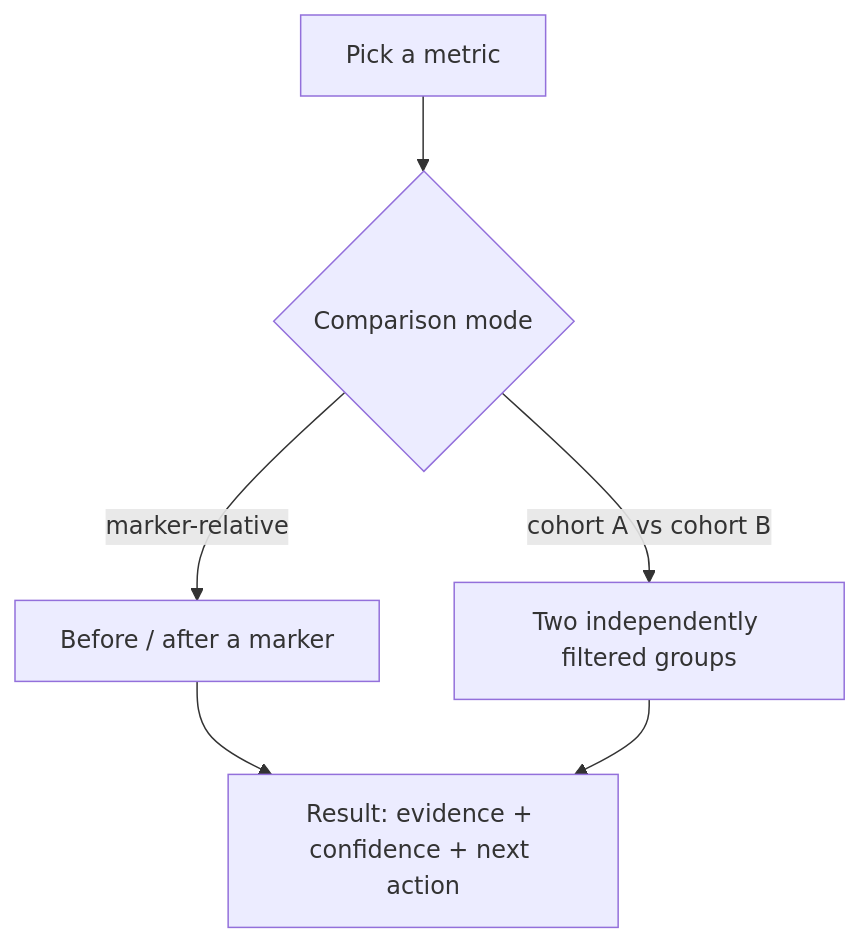
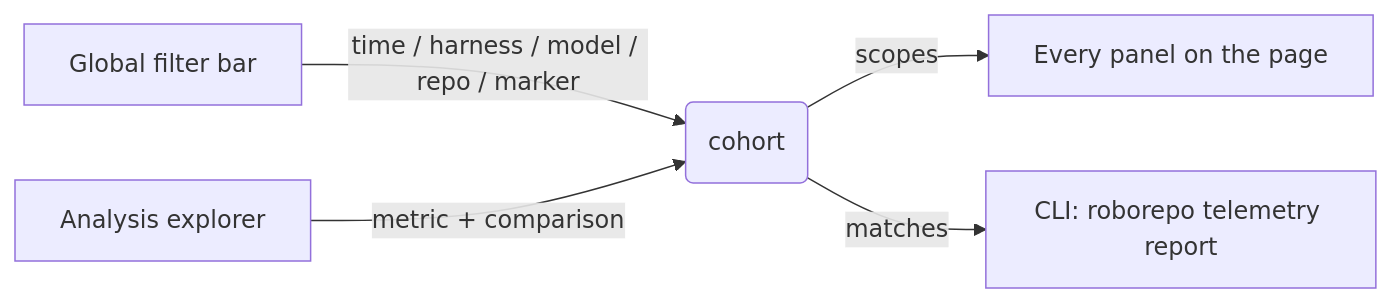
Before and after one commit to kirinmurphy/roborepo: the second of 4 diagrams in docs/user/guides/telemetry.md, drawn with Mermaid. The commit also changed other lines of this file and 72 other files, not shown here.

````diff
--- a/docs/user/guides/telemetry.md
+++ b/docs/user/guides/telemetry.md
@@ -124,8 +107,7 @@
 ```mermaid
-flowchart TD
-  A[Pick a metric] --> B{Comparison mode}
-  B -->|marker-relative| C[Before / after a marker]
-  B -->|cohort A vs cohort B| D[Two independently filtered groups]
-  C --> E[Result: evidence + confidence + next action]
-  D --> E
+flowchart LR
+  A[Global filter bar] -->|time / harness / model / repo / marker| B(cohort)
+  C[Analysis explorer] -->|metric + comparison| B
+  B -->|scopes| D[Every panel on the page]
+  B -->|matches| E[CLI: roborepo telemetry report]
 ```
````
